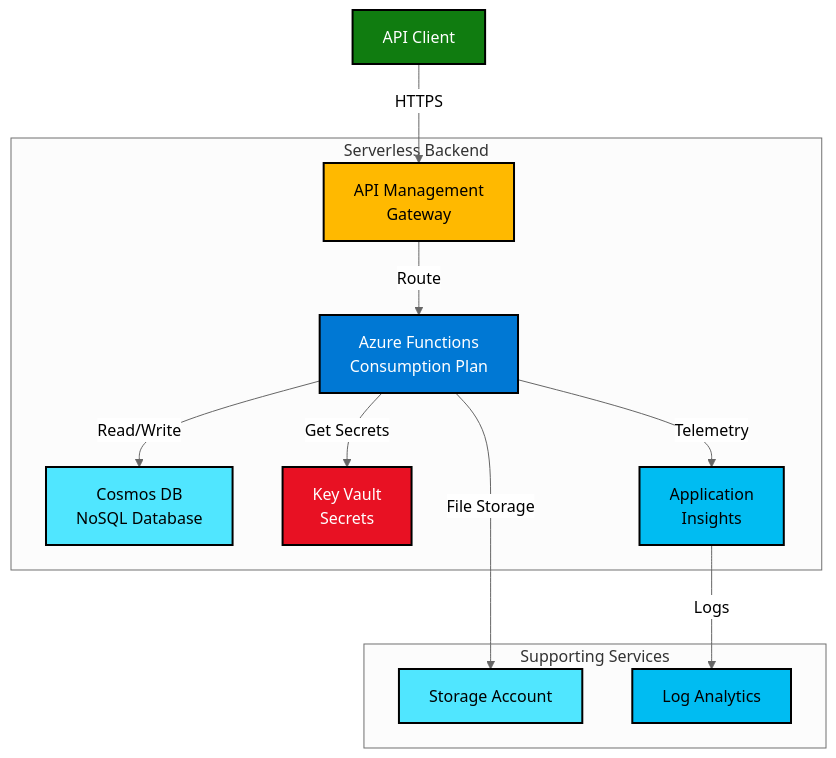
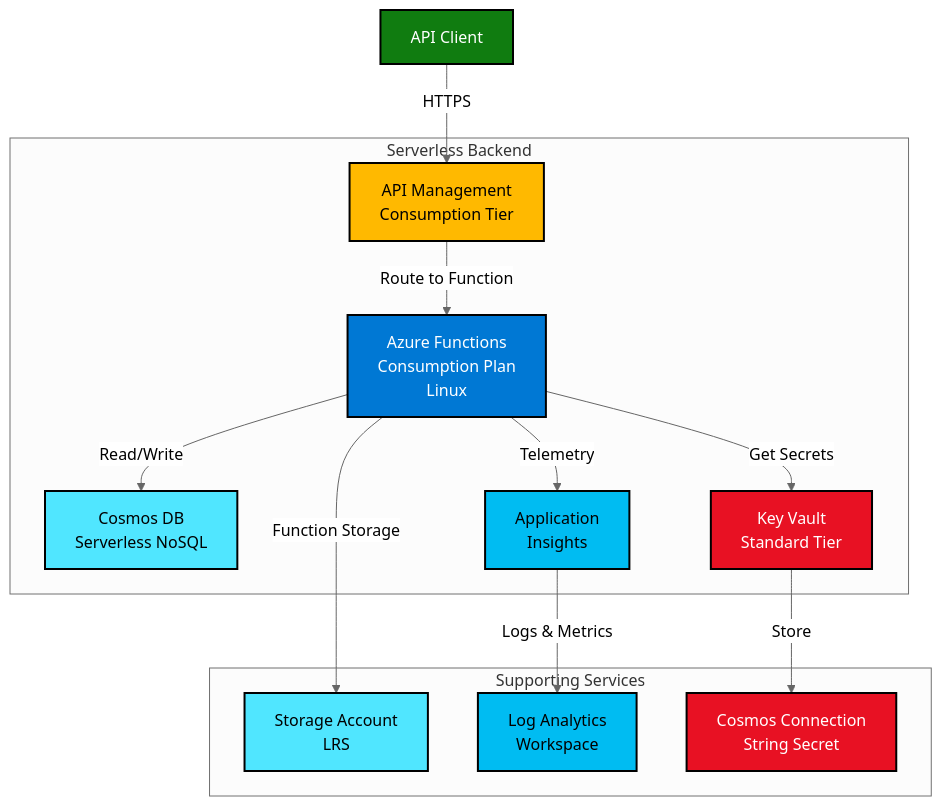
Before and after one commit to chrisdoofer/Azure-Infra-Demos: the diagram in patterns/serverless-api/architecture.mmd, drawn with Mermaid (neutral theme). The commit also changed 19 other files, not shown here.

First line of the commit message:
feat: Wave 1 — complete serverless-api, web-app, monitor patterns

```diff
--- a/patterns/serverless-api/architecture.mmd
+++ b/patterns/serverless-api/architecture.mmd
@@ -1,28 +1,29 @@
 graph TB
-    Client[API Client] -->|HTTPS| APIM[API Management<br/>Gateway]
+    Client[API Client] -->|HTTPS| APIM[API Management<br/>Consumption Tier]
     
     subgraph "Serverless Backend"
-        APIM -->|Route| FUNC[Azure Functions<br/>Consumption Plan]
-        FUNC -->|Read/Write| COSMOS[Cosmos DB<br/>NoSQL Database]
-        FUNC -->|Get Secrets| KV[Key Vault<br/>Secrets]
+        APIM -->|Route to Function| FUNC[Azure Functions<br/>Consumption Plan<br/>Linux]
+        FUNC -->|Read/Write| COSMOS[Cosmos DB<br/>Serverless NoSQL]
+        FUNC -->|Get Secrets| KV[Key Vault<br/>Standard Tier]
         FUNC -->|Telemetry| AI[Application<br/>Insights]
     end
     
     subgraph "Supporting Services"
-        FUNC -->|File Storage| STORAGE[Storage Account]
-        AI -->|Logs| LA[Log Analytics]
+        FUNC -->|Function Storage| STORAGE[Storage Account<br/>LRS]
+        AI -->|Logs & Metrics| LA[Log Analytics<br/>Workspace]
+        KV -->|Store| COSMOSKEY[Cosmos Connection<br/>String Secret]
     end
     
     classDef gateway fill:#FFB900,stroke:#000,stroke-width:2px,color:#000
     classDef compute fill:#0078D4,stroke:#000,stroke-width:2px,color:#fff
     classDef data fill:#50E6FF,stroke:#000,stroke-width:2px,color:#000
     classDef security fill:#E81123,stroke:#000,stroke-width:2px,color:#fff
     classDef monitor fill:#00BCF2,stroke:#000,stroke-width:2px,color:#000
     classDef user fill:#107C10,stroke:#000,stroke-width:2px,color:#fff
     
     class APIM gateway
     class FUNC compute
     class COSMOS,STORAGE data
-    class KV security
+    class KV,COSMOSKEY security
     class AI,LA monitor
     class Client user
```
